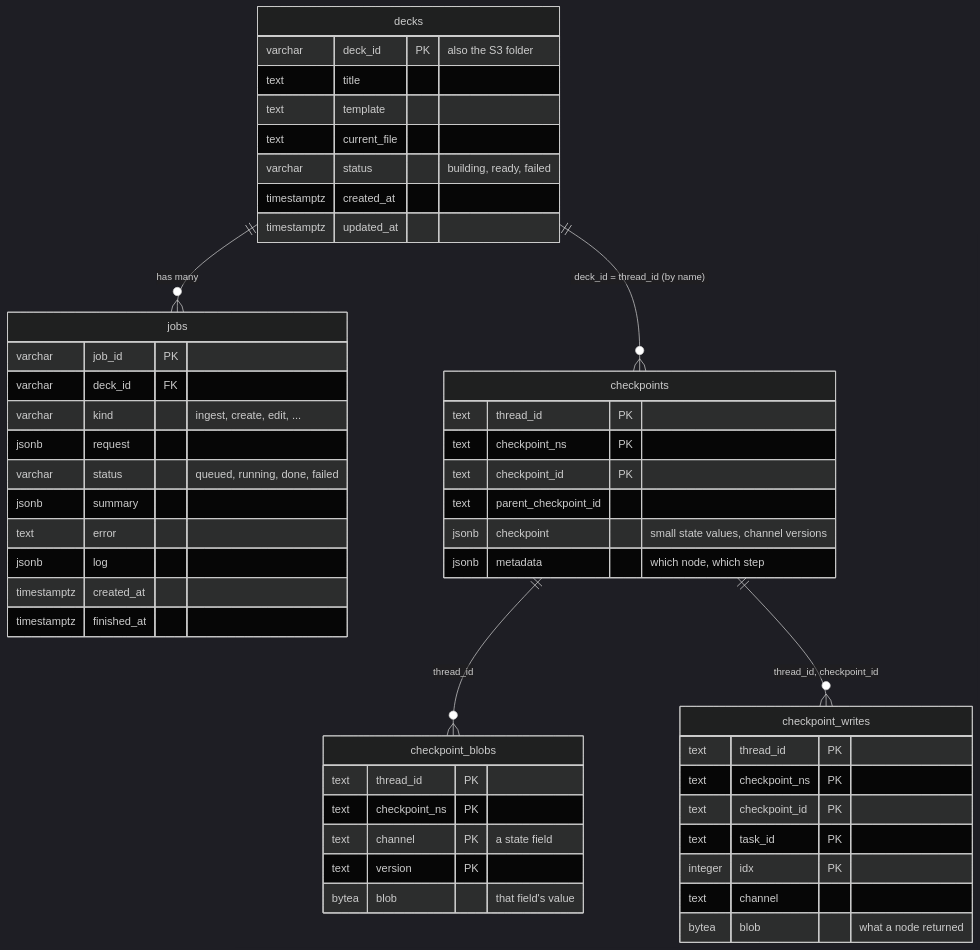
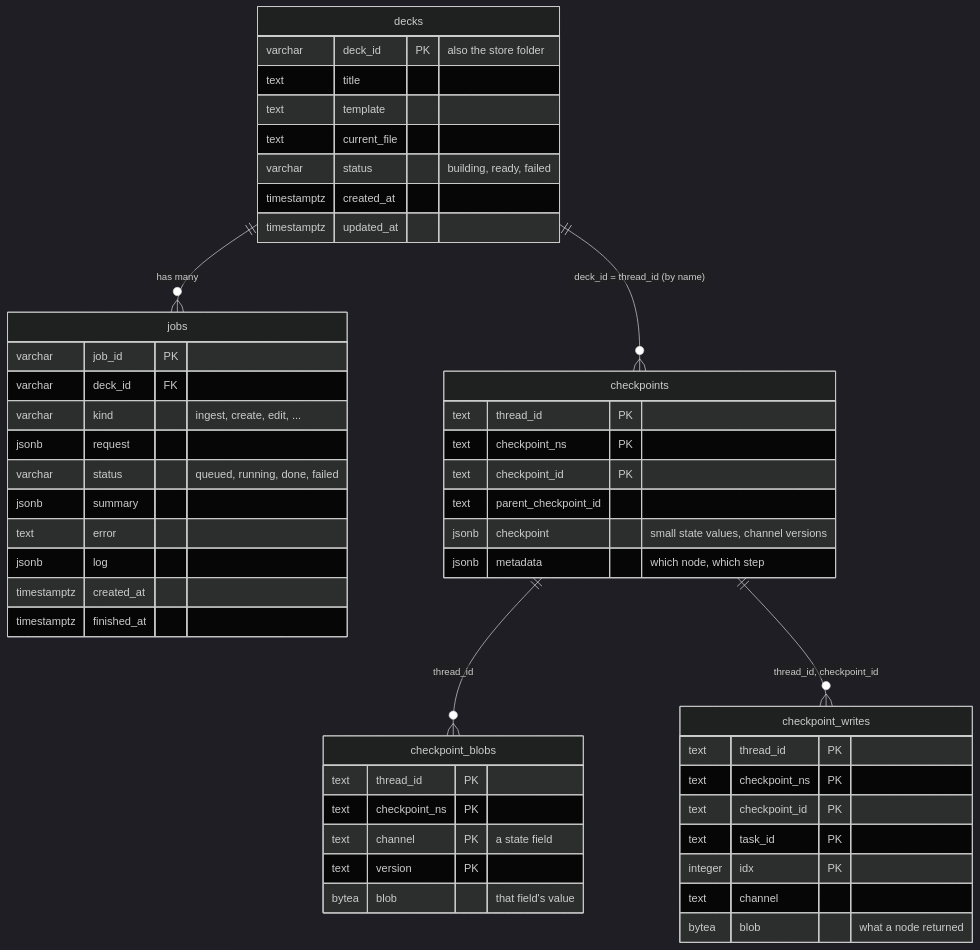
One commit to pranaybahuguna/ppt-gen changed the third of 4 diagrams in README.md. Above: the diagram before and after it, drawn with Mermaid (dark theme). The commit also changed other lines of this file and 19 other files, not shown here.

````diff
--- a/README.md
+++ b/README.md
@@ -162,53 +162,53 @@
 ```mermaid
 erDiagram
     decks ||--o{ jobs : "has many"
     decks ||--o{ checkpoints : "deck_id = thread_id (by name)"
     checkpoints ||--o{ checkpoint_blobs : "thread_id"
     checkpoints ||--o{ checkpoint_writes : "thread_id, checkpoint_id"
 
     decks {
-        varchar deck_id PK "also the S3 folder"
+        varchar deck_id PK "also the store folder"
         text title
         text template
         text current_file
         varchar status "building, ready, failed"
         timestamptz created_at
         timestamptz updated_at
     }
     jobs {
         varchar job_id PK
         varchar deck_id FK
         varchar kind "ingest, create, edit, ..."
         jsonb request
         varchar status "queued, running, done, failed"
         jsonb summary
         text error
         jsonb log
         timestamptz created_at
         timestamptz finished_at
     }
     checkpoints {
         text thread_id PK
         text checkpoint_ns PK
         text checkpoint_id PK
         text parent_checkpoint_id
         jsonb checkpoint "small state values, channel versions"
         jsonb metadata "which node, which step"
     }
     checkpoint_blobs {
         text thread_id PK
         text checkpoint_ns PK
         text channel PK "a state field"
         text version PK
         bytea blob "that field's value"
     }
     checkpoint_writes {
         text thread_id PK
         text checkpoint_ns PK
         text checkpoint_id PK
         text task_id PK
         integer idx PK
         text channel
         bytea blob "what a node returned"
     }
 ```
````
